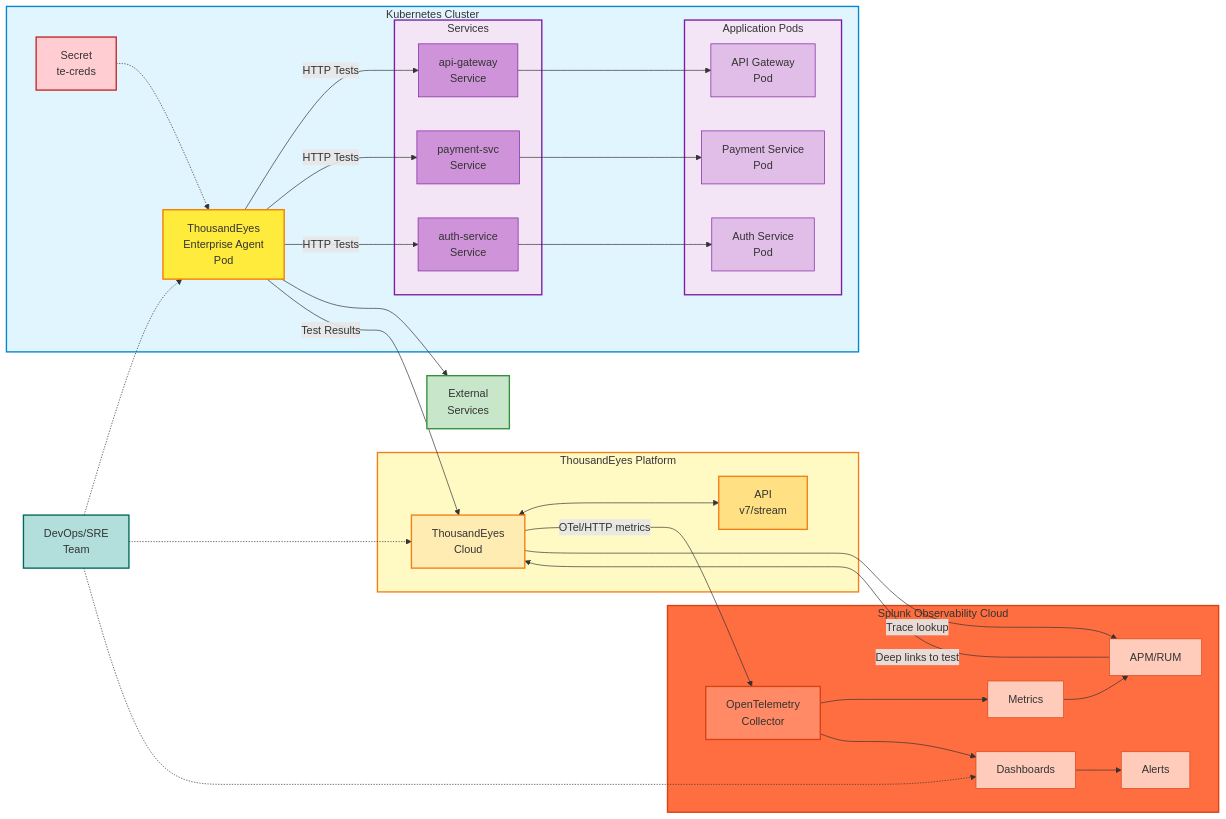
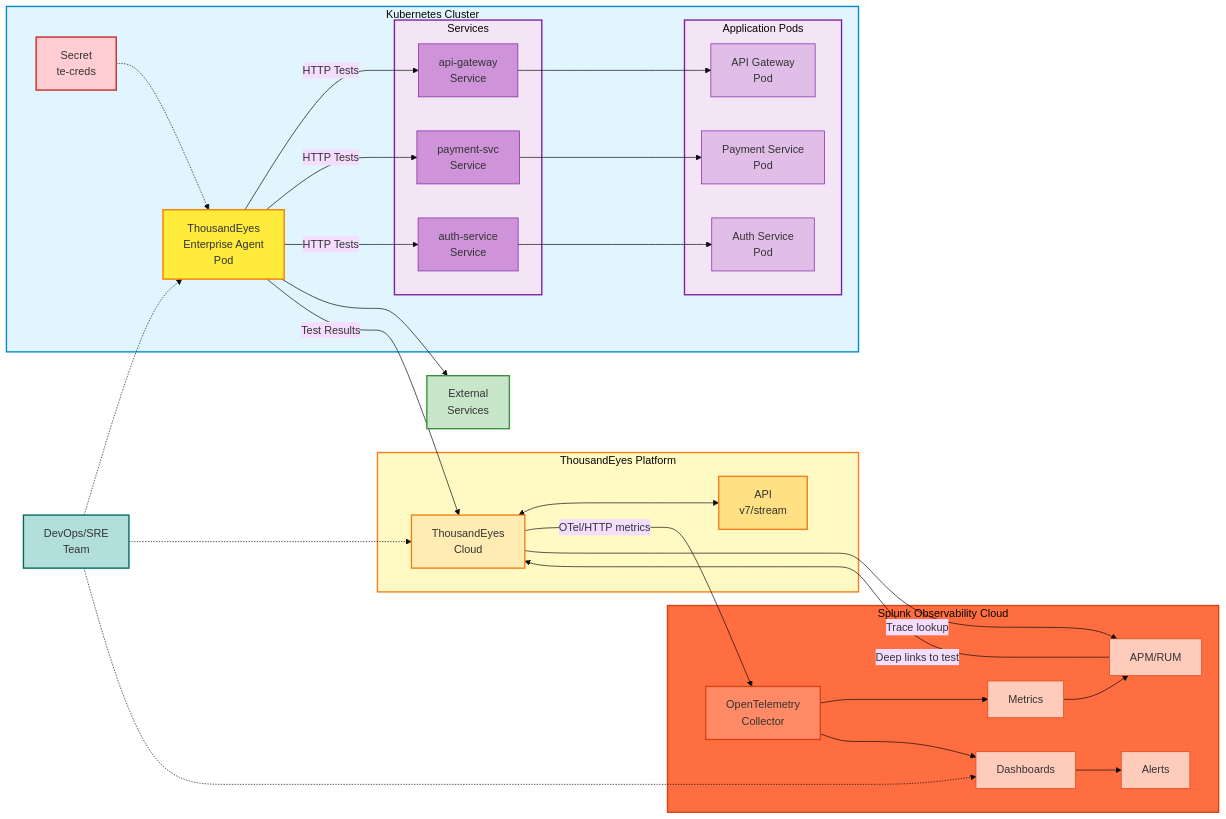
The diagram in content/en/scenarios/thousandeyes-integration/1-overview/_index.md (splunk/observability-workshop), drawn with Mermaid before and after one commit. The commit also changed 2 other files, not shown here.

Commit message:
fixing broken cards and making mermaid text more legible

````diff
--- a/content/en/scenarios/thousandeyes-integration/1-overview/_index.md
+++ b/content/en/scenarios/thousandeyes-integration/1-overview/_index.md
@@ -34,4 +34,8 @@
 ```mermaid
+---
+config:
+  theme: 'base'
+---
 graph LR
     subgraph k8s["Kubernetes Cluster"]
         secret["Secret<br/>te-creds"]
````
